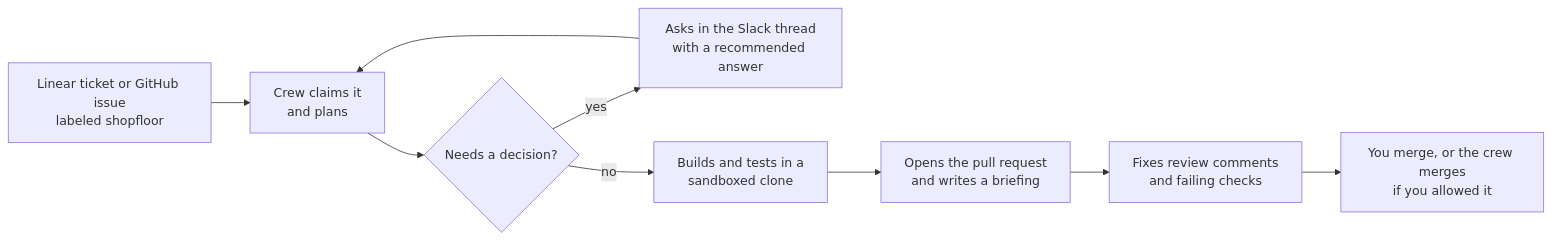
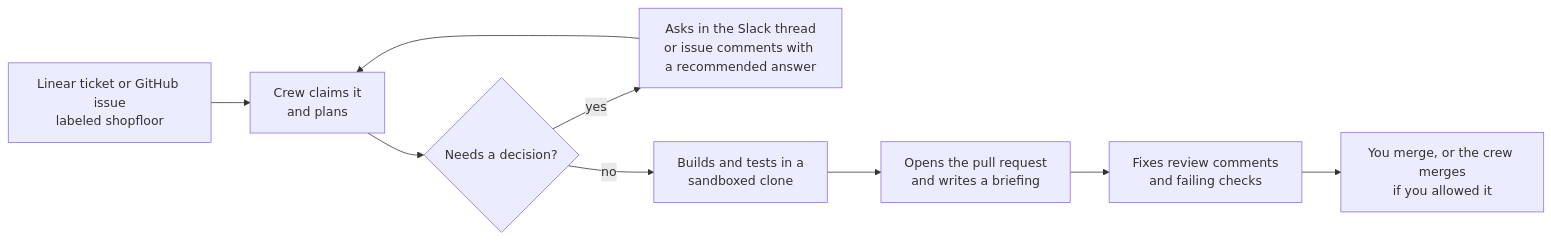
Before and after one commit to afvr94/shopfloor: the diagram in README.md, drawn with Mermaid. The commit also changed other lines of this file and 21 other files, not shown here.

First line of the commit message:
feat(chat): add github issue comments as the crew's chat (#11)

````diff
--- a/README.md
+++ b/README.md
@@ -22,11 +22,11 @@
 ```mermaid
 flowchart LR
     A["Linear ticket or GitHub issue<br/>labeled shopfloor"] --> B["Crew claims it<br/>and plans"]
     B --> C{"Needs a decision?"}
-    C -- yes --> D["Asks in the Slack thread<br/>with a recommended answer"]
+    C -- yes --> D["Asks in the Slack thread<br/>or issue comments with a recommended answer"]
     D --> B
     C -- no --> E["Builds and tests in a<br/>sandboxed clone"]
     E --> F["Opens the pull request<br/>and writes a briefing"]
     F --> G["Fixes review comments<br/>and failing checks"]
     G --> H["You merge, or the crew merges<br/>if you allowed it"]
 ```
````
